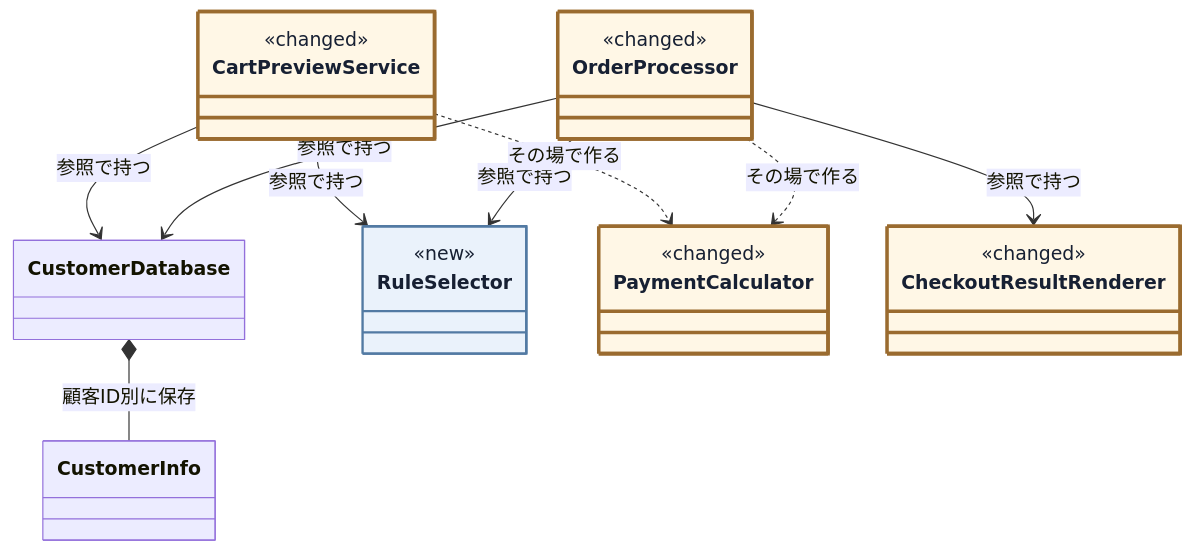
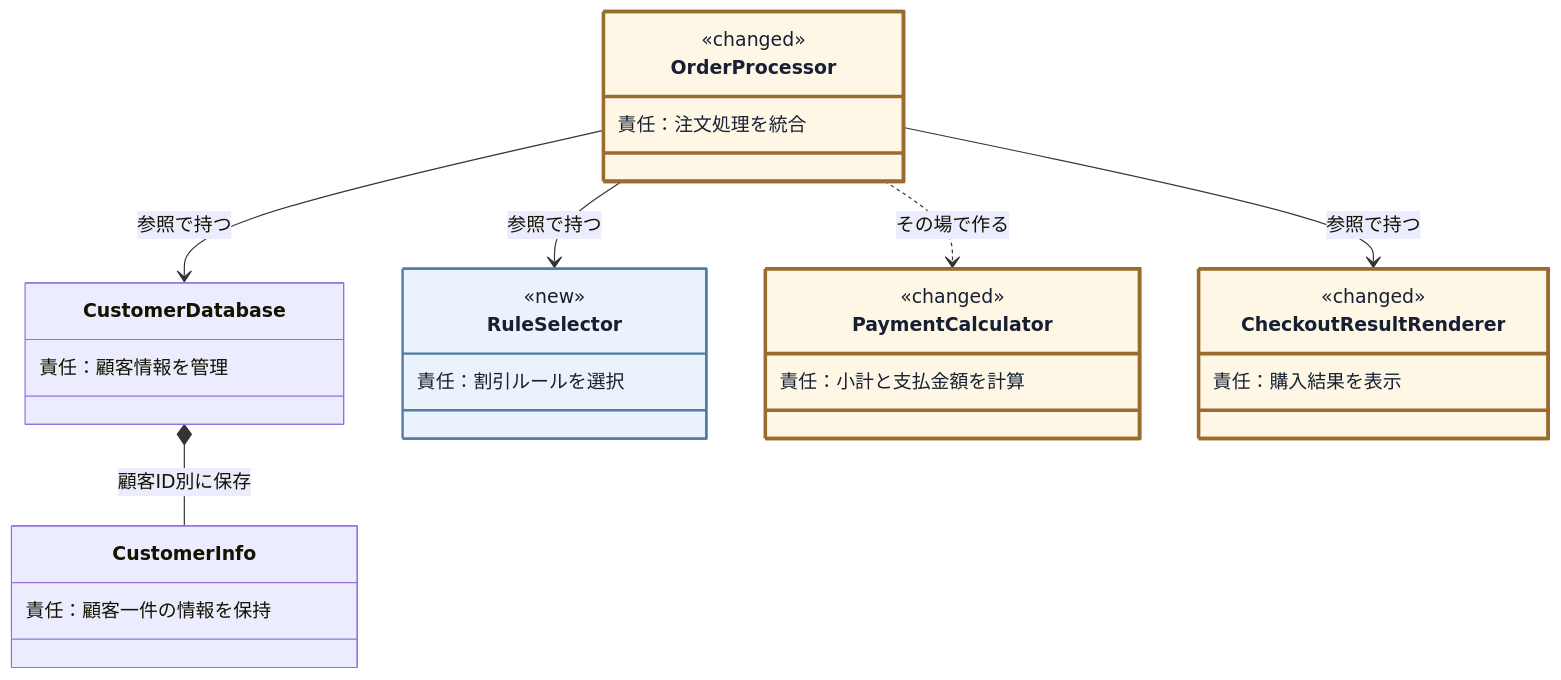
Diagram 14 of 20 in kindle/design-patterns/books/volume01-core-patterns/output/03-chapter01.md (kumachan1101-pixel/DesignPattern), drawn with Mermaid before and after one commit. The commit also changed other lines of this file and 12 other files, not shown here.

````diff
--- a/kindle/design-patterns/books/volume01-core-patterns/output/03-chapter01.md
+++ b/kindle/design-patterns/books/volume01-core-patterns/output/03-chapter01.md
@@ -1781,32 +1782,34 @@
 ```mermaid
 classDiagram
     direction TB
     class OrderProcessor:::touched {
         <<changed>>
+        責任：注文処理を統合
     }
-    class CartPreviewService:::touched {
-        <<changed>>
+    class CustomerDatabase {
+        責任：顧客情報を管理
     }
-    class CustomerDatabase
-    class CustomerInfo
+    class CustomerInfo {
+        責任：顧客一件の情報を保持
+    }
     class RuleSelector:::added {
         <<new>>
+        責任：割引ルールを選択
     }
     class PaymentCalculator:::touched {
         <<changed>>
+        責任：小計と支払金額を計算
     }
     class CheckoutResultRenderer:::touched {
         <<changed>>
+        責任：購入結果を表示
     }
     OrderProcessor --> CustomerDatabase : 参照で持つ
     OrderProcessor --> RuleSelector : 参照で持つ
     OrderProcessor --> CheckoutResultRenderer : 参照で持つ
     OrderProcessor ..> PaymentCalculator : その場で作る
-    CartPreviewService --> CustomerDatabase : 参照で持つ
-    CartPreviewService --> RuleSelector : 参照で持つ
-    CartPreviewService ..> PaymentCalculator : その場で作る
     CustomerDatabase *-- CustomerInfo : 顧客ID別に保存
 
     classDef added fill:#eaf2fb,stroke:#527aa3,stroke-width:2px,color:#172033;
     classDef touched fill:#fff7e6,stroke:#9a6b2f,stroke-width:3px,color:#172033;
 ```
````
